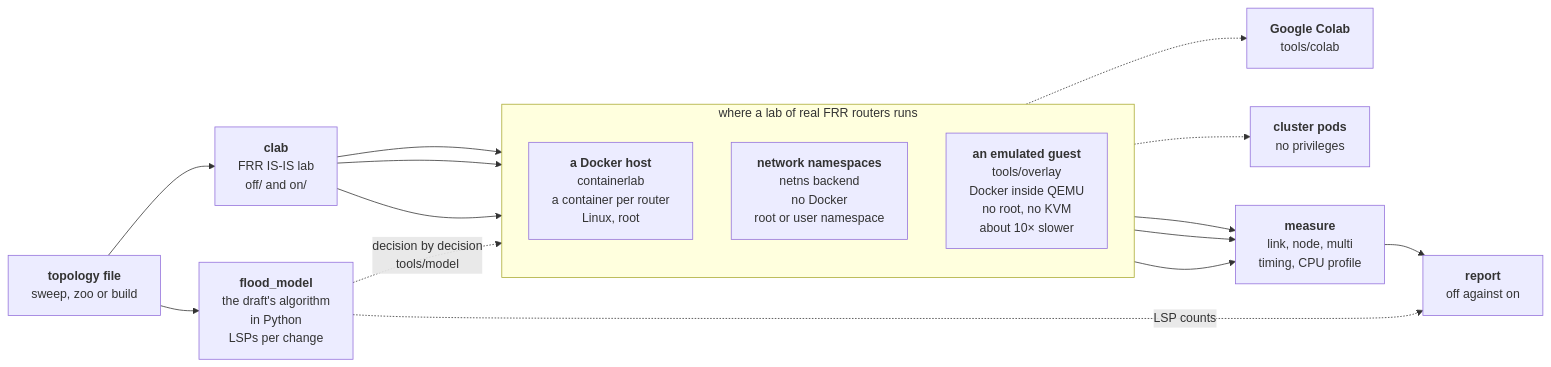
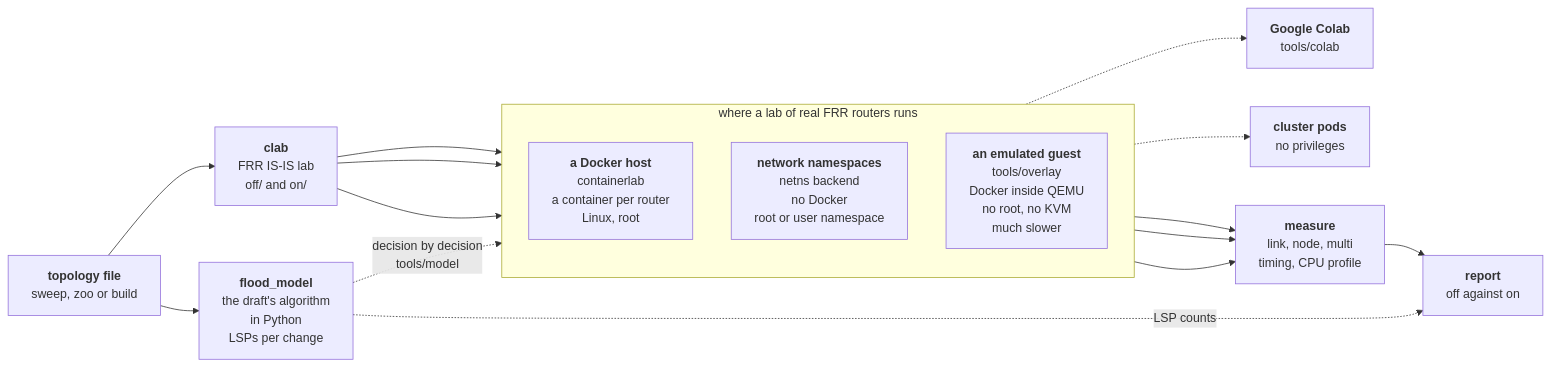
Before and after one commit to ahb-sjsu/topology-builders: the second of 4 diagrams in README.md, drawn with Mermaid. The commit also changed other lines of this file and 20 other files, not shown here.

````diff
--- a/README.md
+++ b/README.md
@@ -36,19 +37,19 @@
 ```mermaid
 %%{init: {"flowchart": {"wrappingWidth": 400}}}%%
 flowchart LR
     T["<b>topology file</b><br/>sweep, zoo or build"] --> MOD["<b>flood_model</b><br/>the draft's algorithm<br/>in Python<br/>LSPs per change"]
     T --> C["<b>clab</b><br/>FRR IS-IS lab<br/>off/ and on/"]
     subgraph RUN["where a lab of real FRR routers runs"]
         direction TB
         D["<b>a Docker host</b><br/>containerlab<br/>a container per router<br/>Linux, root"]
         N["<b>network namespaces</b><br/>netns backend<br/>no Docker<br/>root or user namespace"]
-        O["<b>an emulated guest</b><br/>tools/overlay<br/>Docker inside QEMU<br/>no root, no KVM<br/>about 10× slower"]
+        O["<b>an emulated guest</b><br/>tools/overlay<br/>Docker inside QEMU<br/>no root, no KVM<br/>much slower"]
     end
     C --> D & N & O
     N -.-> COL["<b>Google Colab</b><br/>tools/colab"]
     O -.-> POD["<b>cluster pods</b><br/>no privileges"]
     D & N & O --> EV["<b>measure</b><br/>link, node, multi<br/>timing, CPU profile"]
     EV --> REP["<b>report</b><br/>off against on"]
     MOD -.->|"LSP counts"| REP
     MOD -.->|"decision by decision<br/>tools/model"| N
 ```
````
